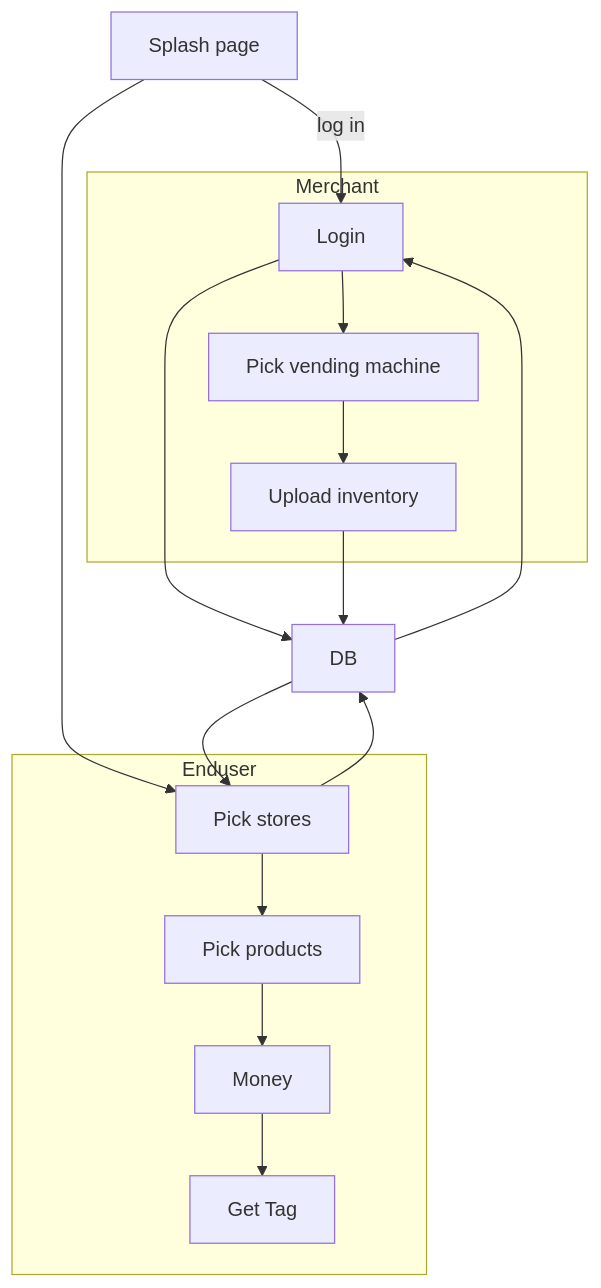
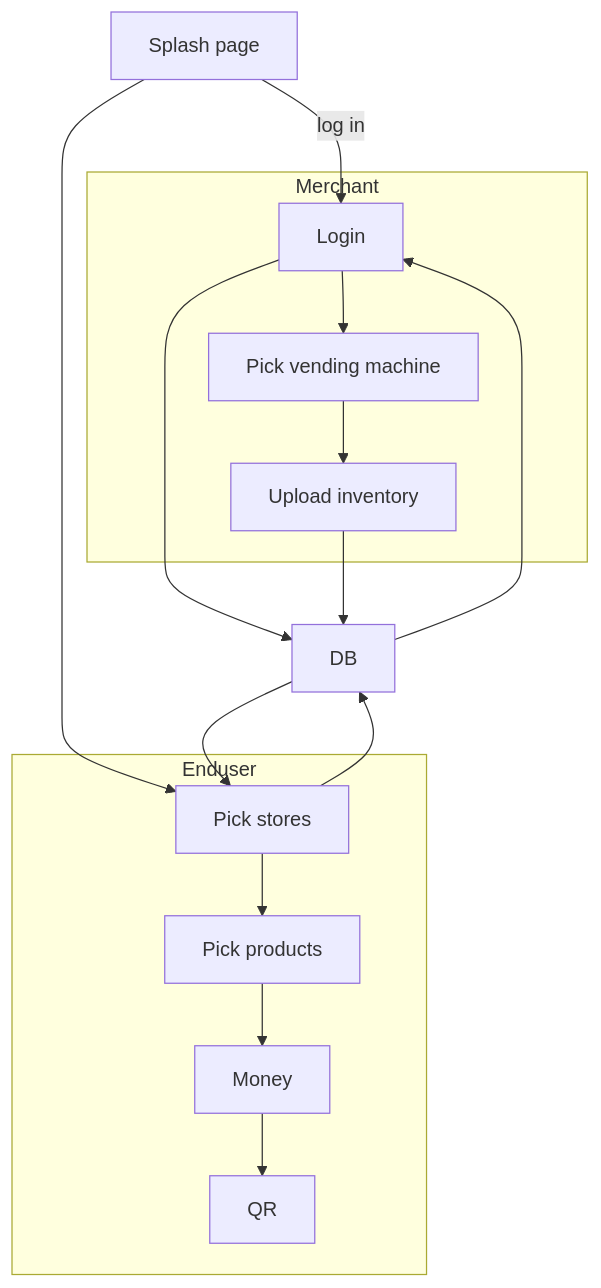
The diagram in README.md (mulefish/dispense_version3), drawn with Mermaid before and after one commit. The commit also changed other lines of this file, not shown here.

````diff
--- a/README.md
+++ b/README.md
@@ -22,33 +19,33 @@
 ```mermaid
     flowchart TB
     A[Splash page]
     TheMerchant[Login]
     DB[DB]
     D[Pick stores]
     E[Pick products]
     F[Money]
-    G[Get Tag]
+    QR[QR]
     H[Pick vending machine]
     Inventory[Upload inventory]
 
 
     A-- log in -->TheMerchant
     subgraph Merchant
         TheMerchant-->H
         H-->Inventory
     end
     
     A-->D
     subgraph Enduser
         D-->E
         E-->F
-        F-->G
+        F-->QR
     end
     D-->DB
     DB-->D
 
     TheMerchant-->DB
     DB-->TheMerchant
     Inventory-->DB
 
 ```
````
